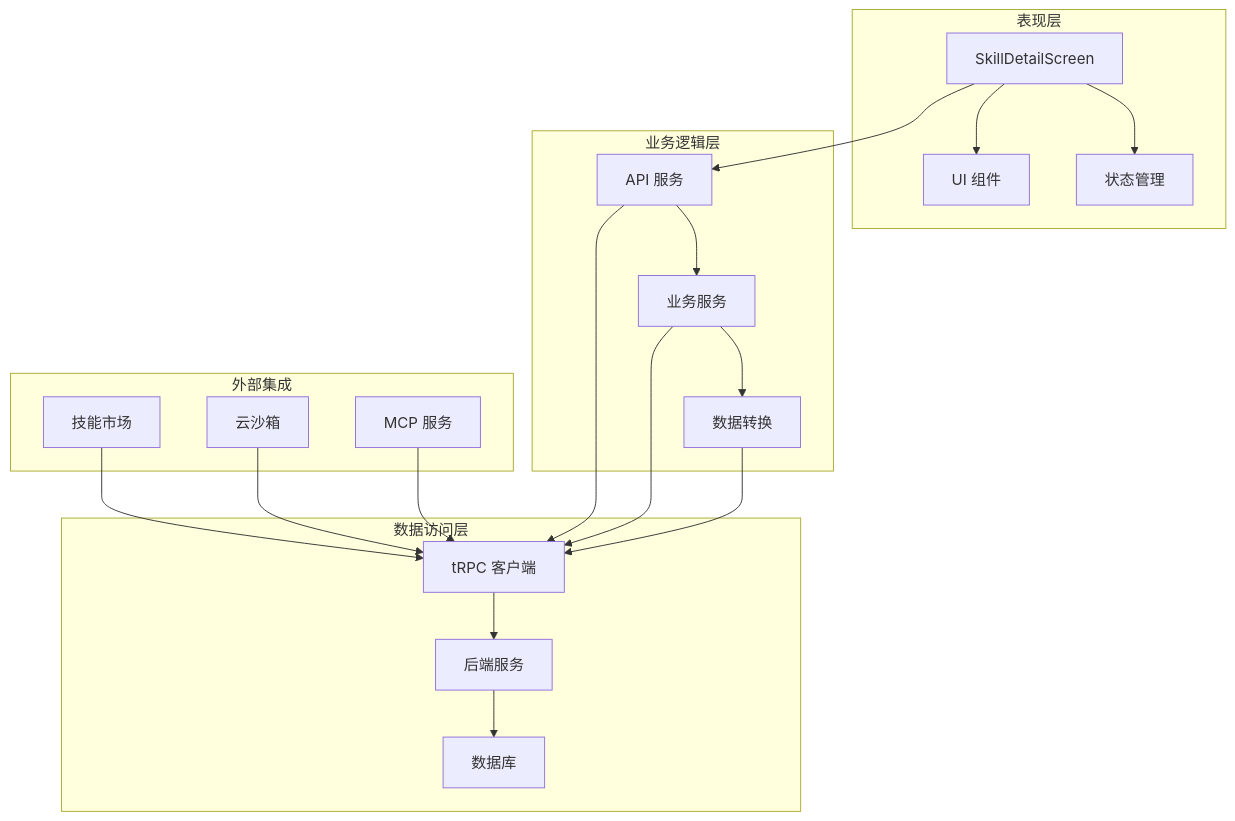
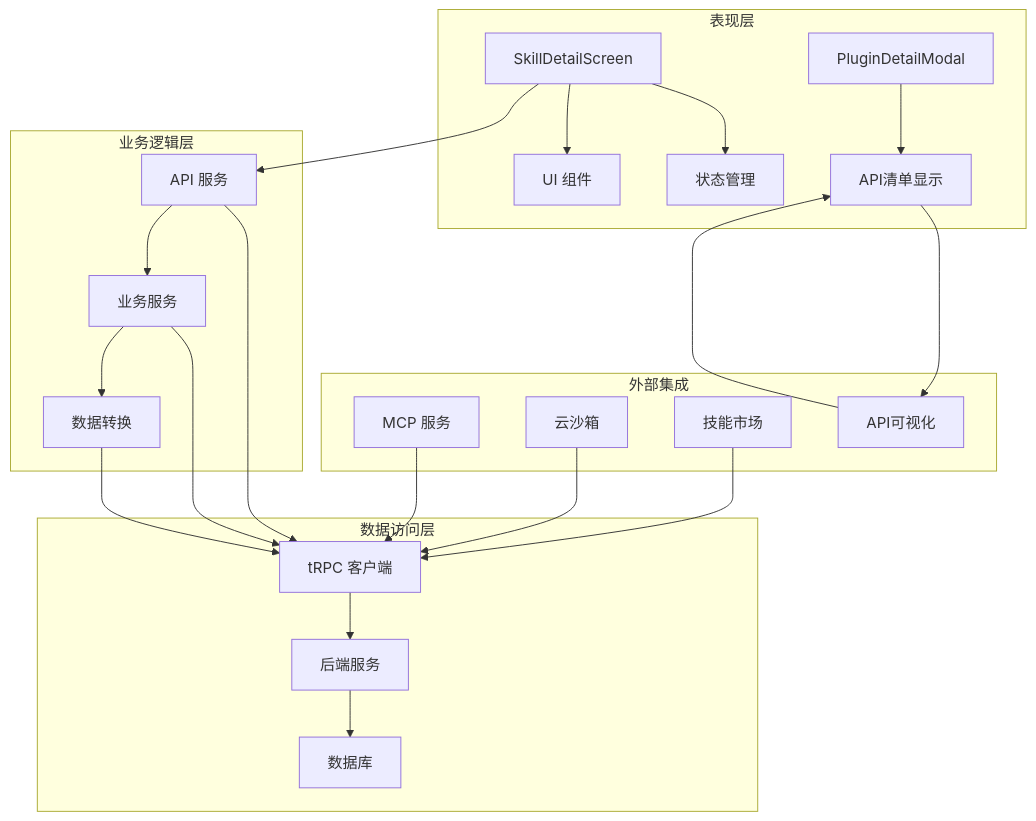
The fourth of 16 diagrams in .qoder/repowiki/zh/content/核心功能模块/技能管理系统/技能详情屏幕.md (AvatoLabs/avato), drawn with Mermaid before and after one commit. The commit also changed other lines of this file and 158 other files, not shown here.

````diff
--- a/.qoder/repowiki/zh/content/核心功能模块/技能管理系统/技能详情屏幕.md
+++ b/.qoder/repowiki/zh/content/核心功能模块/技能管理系统/技能详情屏幕.md
@@ -167,24 +202,27 @@
 ```mermaid
 graph TD
 subgraph "表现层"
 A[SkillDetailScreen] --> B[UI 组件]
 A --> C[状态管理]
+D[PluginDetailModal] --> E[API清单显示]
 end
 subgraph "业务逻辑层"
-D[API 服务] --> E[业务服务]
-E --> F[数据转换]
+F[API 服务] --> G[业务服务]
+G --> H[数据转换]
 end
 subgraph "数据访问层"
-G[tRPC 客户端] --> H[后端服务]
-H --> I[数据库]
+I[tRPC 客户端] --> J[后端服务]
+J --> K[数据库]
 end
 subgraph "外部集成"
-J[技能市场] --> G
-K[云沙箱] --> G
-L[MCP 服务] --> G
+L[技能市场] --> I
+M[云沙箱] --> I
+N[MCP 服务] --> I
+O[API可视化] --> E
 end
-A --> D
-D --> G
-E --> G
-F --> G
+A --> F
+F --> I
+G --> I
+H --> I
+E --> O
 ```
````
